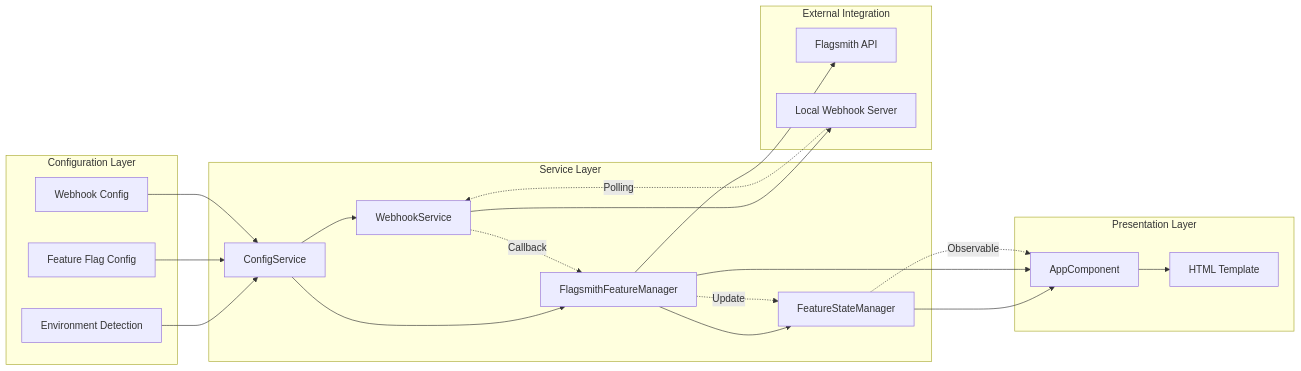
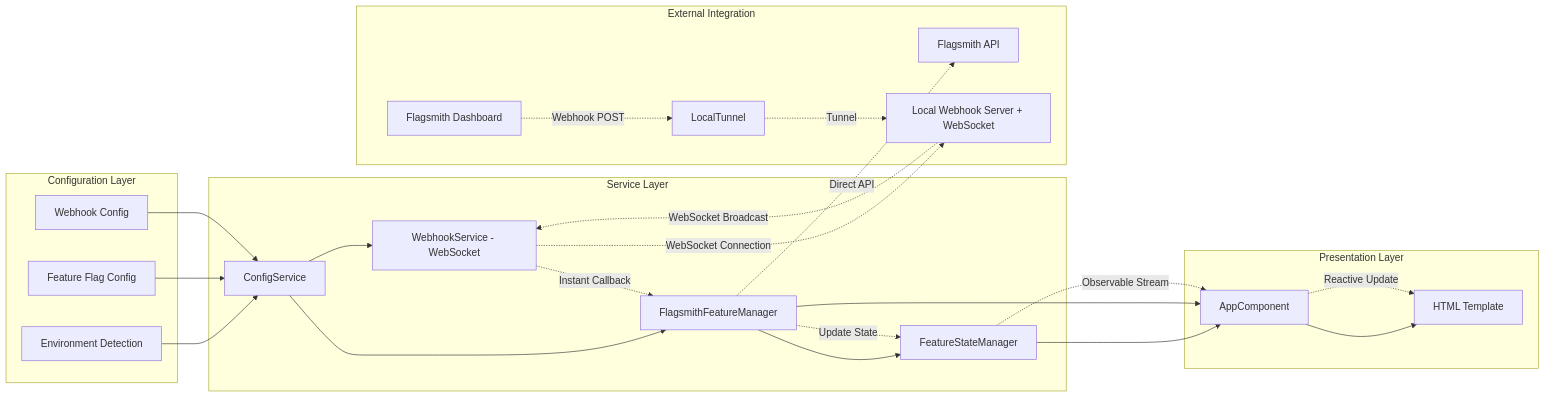
One commit to tse246/demoFlagsmith changed the fourth of 4 diagrams in feature-flag-flow.md. Above: the diagram before and after it, drawn with Mermaid. The commit also changed other lines of this file, not shown here.

````diff
--- a/feature-flag-flow.md
+++ b/feature-flag-flow.md
@@ -192,46 +196,51 @@
 ```mermaid
 graph LR
     subgraph "Configuration Layer"
         ENV[Environment Detection]
         CONFIG[Feature Flag Config]
         WEBHOOK[Webhook Config]
     end
     
     subgraph "Service Layer"
         CS[ConfigService]
         FFM[FlagsmithFeatureManager]
         FSM[FeatureStateManager]
-        WS[WebhookService]
+        WS[WebhookService - WebSocket]
     end
     
     subgraph "Presentation Layer"
         AC[AppComponent]
         TEMPLATE[HTML Template]
     end
     
     subgraph "External Integration"
         FAPI[Flagsmith API]
-        WHS[Local Webhook Server]
+        WHS[Local Webhook Server + WebSocket]
+        FD[Flagsmith Dashboard]
+        LT[LocalTunnel]
     end
     
     ENV --> CS
     CONFIG --> CS
     WEBHOOK --> CS
     
     CS --> FFM
     CS --> WS
     
     FFM --> FSM
-    FFM --> FAPI
-    WS --> WHS
+    FFM -.->|Direct API| FAPI
+    WS -.->|WebSocket Connection| WHS
     
     FSM --> AC
     FFM --> AC
     
     AC --> TEMPLATE
     
-    WHS -.->|Polling| WS
-    WS -.->|Callback| FFM
-    FFM -.->|Update| FSM
-    FSM -.->|Observable| AC
+    FD -.->|Webhook POST| LT
+    LT -.->|Tunnel| WHS
+    WHS -.->|WebSocket Broadcast| WS
+    WS -.->|Instant Callback| FFM
+    FFM -.->|Update State| FSM
+    FSM -.->|Observable Stream| AC
+    AC -.->|Reactive Update| TEMPLATE
 ```
````
